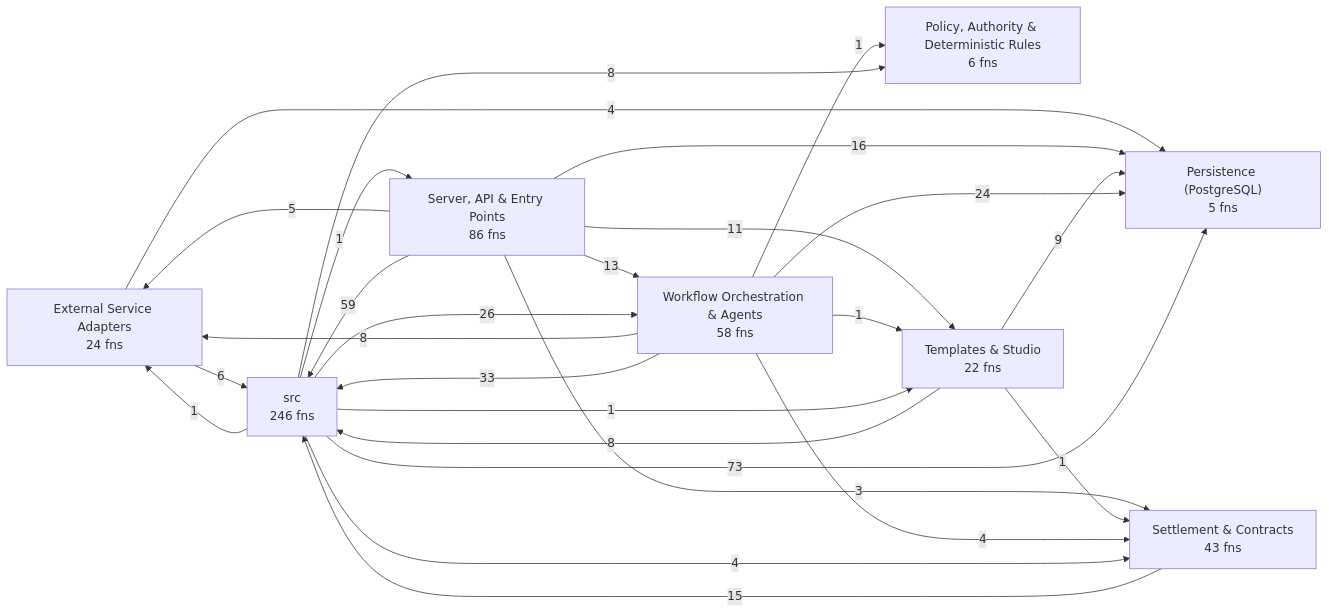
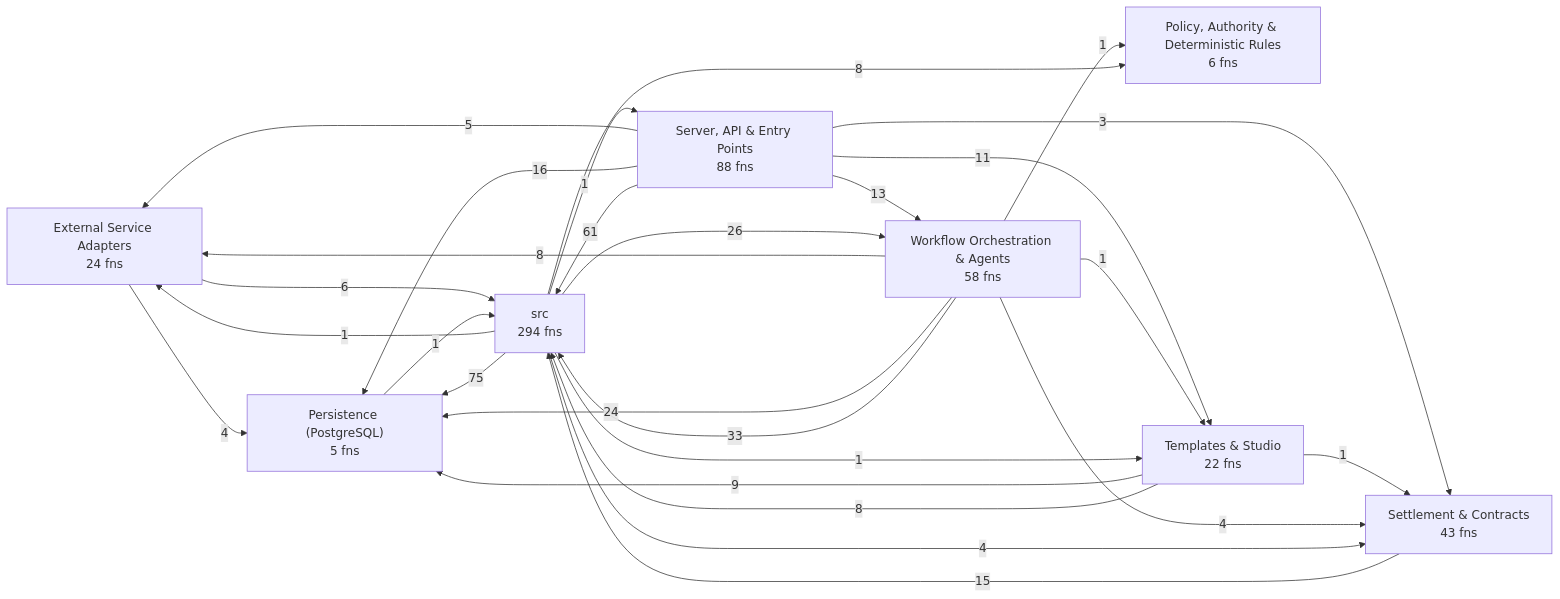
One commit to Jaydearcadian/bind changed the first of 8 diagrams in docs/CODEBASE_MAP.md. Above: the diagram before and after it, drawn with Mermaid. The commit also changed other lines of this file and 25 other files, not shown here.

````diff
--- a/docs/CODEBASE_MAP.md
+++ b/docs/CODEBASE_MAP.md
@@ -12,36 +12,37 @@
 ```mermaid
 flowchart LR
   L0["External Service Adapters<br/>24 fns"]
   L1["Persistence (PostgreSQL)<br/>5 fns"]
   L2["Policy, Authority & Deterministic Rules<br/>6 fns"]
-  L3["Server, API & Entry Points<br/>86 fns"]
+  L3["Server, API & Entry Points<br/>88 fns"]
   L4["Settlement & Contracts<br/>43 fns"]
   L5["Templates & Studio<br/>22 fns"]
   L6["Workflow Orchestration & Agents<br/>58 fns"]
-  L7["src<br/>246 fns"]
+  L7["src<br/>294 fns"]
   L0 -->|4| L1
   L0 -->|6| L7
+  L1 -->|1| L7
   L3 -->|5| L0
   L3 -->|16| L1
   L3 -->|3| L4
   L3 -->|11| L5
   L3 -->|13| L6
-  L3 -->|59| L7
+  L3 -->|61| L7
   L4 -->|15| L7
   L5 -->|9| L1
   L5 -->|1| L4
   L5 -->|8| L7
   L6 -->|8| L0
   L6 -->|24| L1
   L6 -->|1| L2
   L6 -->|4| L4
   L6 -->|1| L5
   L6 -->|33| L7
   L7 -->|1| L0
-  L7 -->|73| L1
+  L7 -->|75| L1
   L7 -->|8| L2
   L7 -->|1| L3
   L7 -->|4| L4
   L7 -->|1| L5
   L7 -->|26| L6
 ```
````
